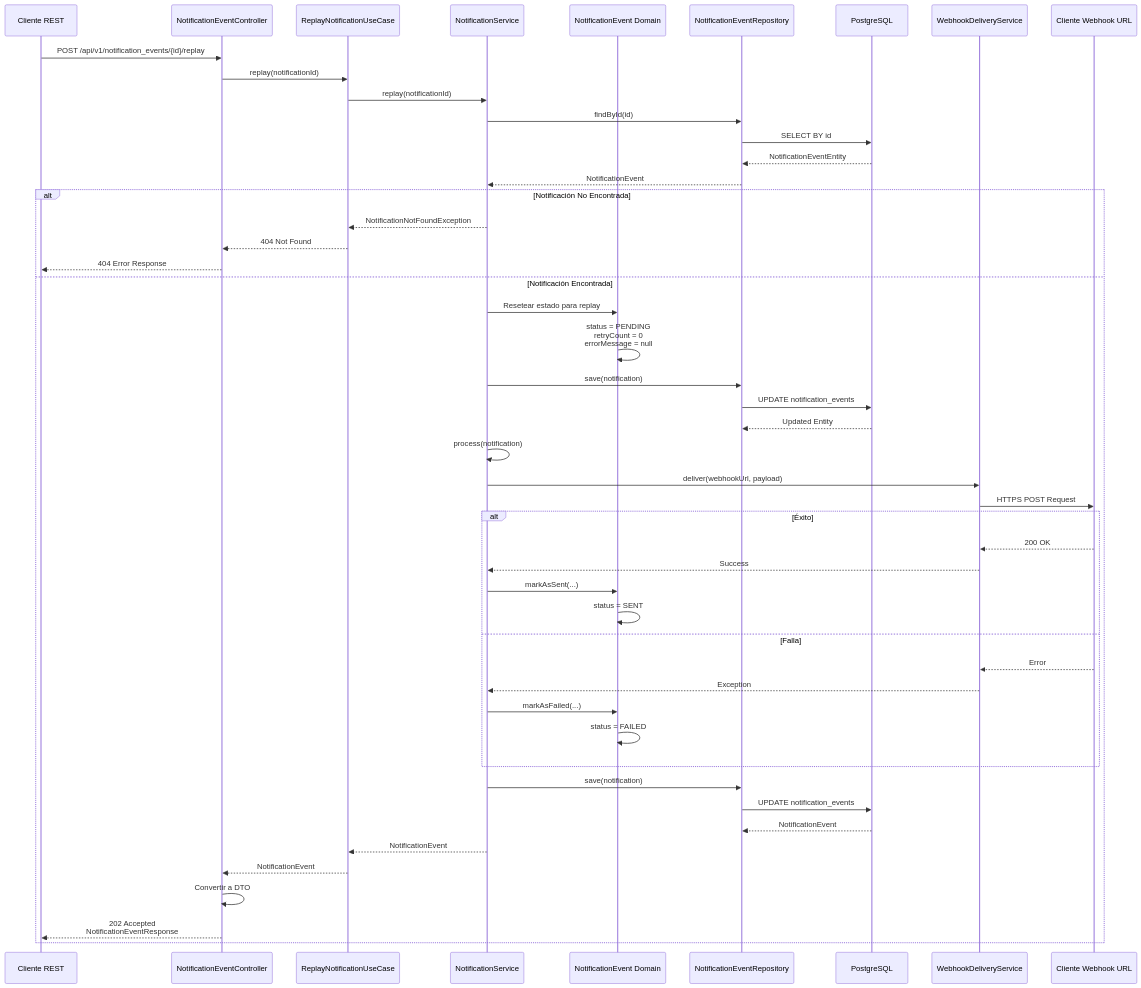
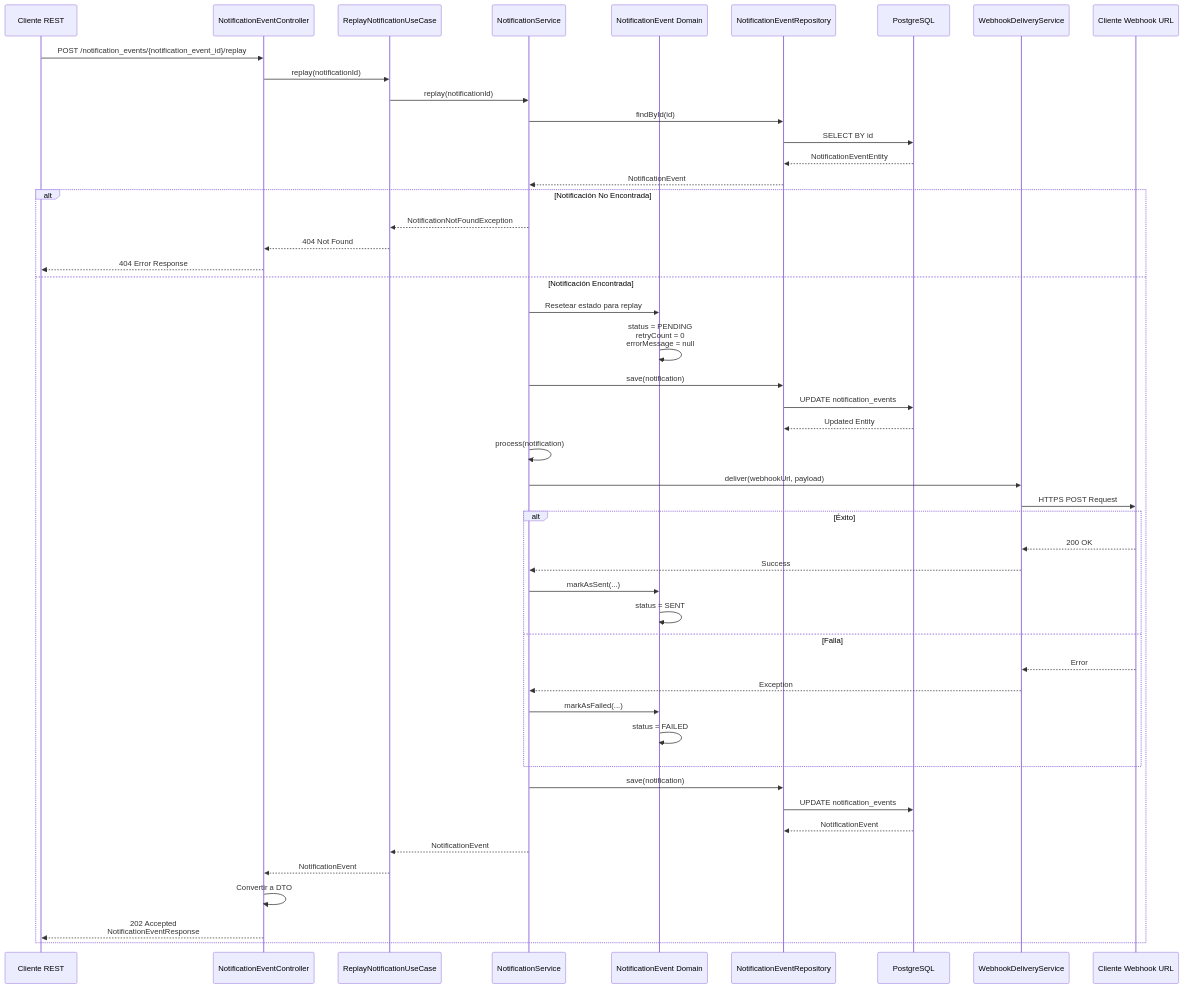
One commit to hbalmes/cobre-notifier-api changed diagram 11 of 12 in docs/DIAGRAMS.md. Above: the diagram before and after it, drawn with Mermaid. The commit also changed other lines of this file and 11 other files, not shown here.

````diff
--- a/docs/DIAGRAMS.md
+++ b/docs/DIAGRAMS.md
@@ -625,57 +625,57 @@
 ```mermaid
 sequenceDiagram
     participant Client as Cliente REST
     participant Controller as NotificationEventController
     participant ReplayUseCase as ReplayNotificationUseCase
     participant NotifService as NotificationService
     participant Domain as NotificationEvent Domain
     participant NotifRepo as NotificationEventRepository
     participant DB as PostgreSQL
     participant WebhookService as WebhookDeliveryService
     participant ClientWebhook as Cliente Webhook URL
 
-    Client->>Controller: POST /api/v1/notification_events/{id}/replay
+    Client->>Controller: POST /notification_events/{notification_event_id}/replay
     Controller->>ReplayUseCase: replay(notificationId)
     ReplayUseCase->>NotifService: replay(notificationId)
     NotifService->>NotifRepo: findById(id)
     NotifRepo->>DB: SELECT BY id
     DB-->>NotifRepo: NotificationEventEntity
     NotifRepo-->>NotifService: NotificationEvent
     
     alt Notificación No Encontrada
         NotifService-->>ReplayUseCase: NotificationNotFoundException
         ReplayUseCase-->>Controller: 404 Not Found
         Controller-->>Client: 404 Error Response
     else Notificación Encontrada
         NotifService->>Domain: Resetear estado para replay
         Domain->>Domain: status = PENDING<br/>retryCount = 0<br/>errorMessage = null
         
         NotifService->>NotifRepo: save(notification)
         NotifRepo->>DB: UPDATE notification_events
         DB-->>NotifRepo: Updated Entity
         
         NotifService->>NotifService: process(notification)
         NotifService->>WebhookService: deliver(webhookUrl, payload)
         WebhookService->>ClientWebhook: HTTPS POST Request
         
         alt Éxito
             ClientWebhook-->>WebhookService: 200 OK
             WebhookService-->>NotifService: Success
             NotifService->>Domain: markAsSent(...)
             Domain->>Domain: status = SENT
         else Falla
             ClientWebhook-->>WebhookService: Error
             WebhookService-->>NotifService: Exception
             NotifService->>Domain: markAsFailed(...)
             Domain->>Domain: status = FAILED
         end
         
         NotifService->>NotifRepo: save(notification)
         NotifRepo->>DB: UPDATE notification_events
         DB-->>NotifRepo: NotificationEvent
         NotifService-->>ReplayUseCase: NotificationEvent
         ReplayUseCase-->>Controller: NotificationEvent
         Controller->>Controller: Convertir a DTO
         Controller-->>Client: 202 Accepted<br/>NotificationEventResponse
     end
 ```
````
